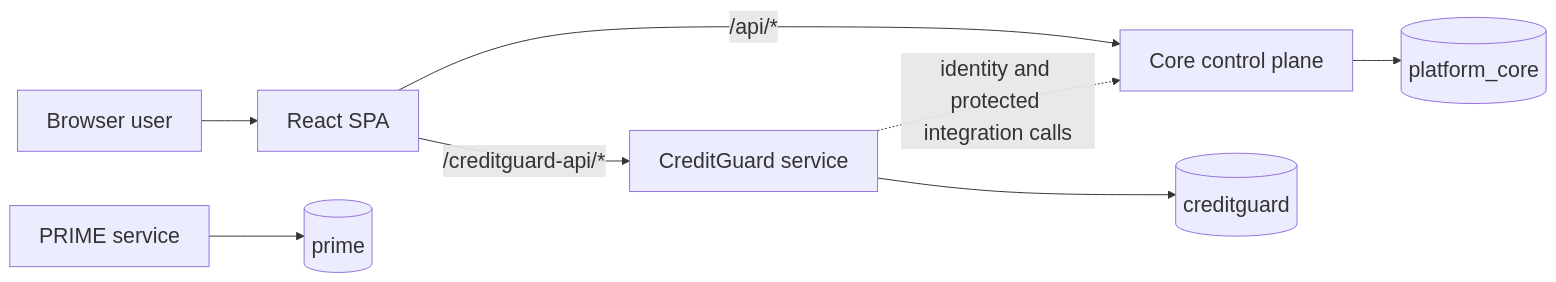
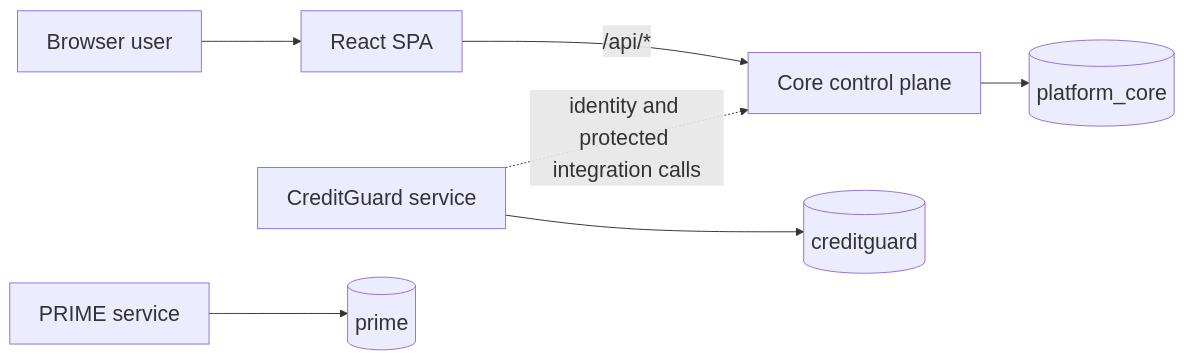
One commit to Pravpraskumar/OnePlatform changed the first of 13 diagrams in docs/ARCHITECTURE.md. Above: the diagram before and after it, drawn with Mermaid. The commit also changed other lines of this file and 122 other files, not shown here.

````diff
--- a/docs/ARCHITECTURE.md
+++ b/docs/ARCHITECTURE.md
@@ -9,20 +9,19 @@
 ```mermaid
 %%{init: {"themeVariables": {"fontSize": "22px"}, "flowchart": {"useMaxWidth": false}, "sequence": {"useMaxWidth": false}, "state": {"useMaxWidth": false}}}%%
 flowchart LR
     User[Browser user]
     SPA[React SPA]
     Core[Core control plane]
     CG[CreditGuard service]
     Prime[PRIME service]
     CoreDB[(platform_core)]
     CGDB[(creditguard)]
     PrimeDB[(prime)]
 
     User --> SPA
     SPA -->|/api/*| Core
-    SPA -->|/creditguard-api/*| CG
     Core --> CoreDB
     CG --> CGDB
     Prime --> PrimeDB
     CG -. identity and protected integration calls .-> Core
 ```
````
